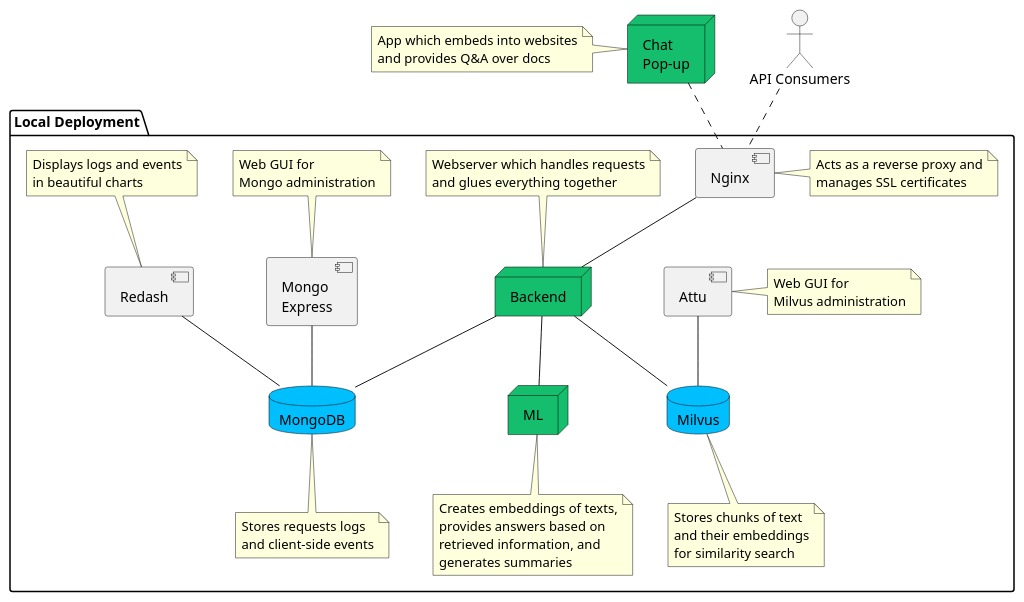
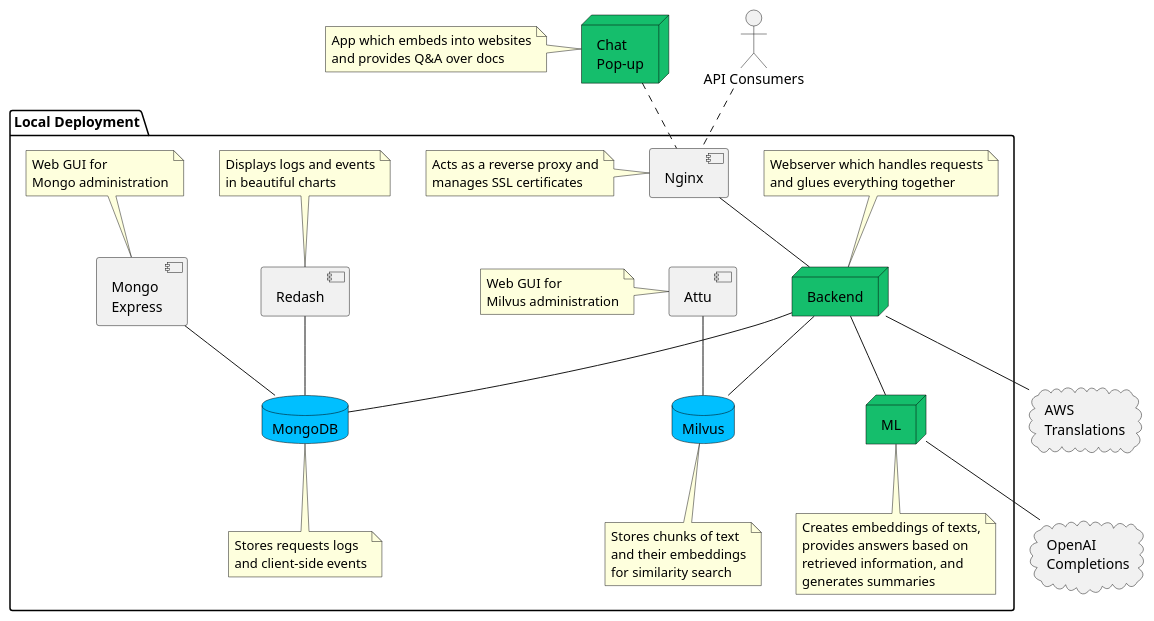
One commit to furiousteabag/asmirnov.xyz changed the diagram in images/askguru-components.plantuml. Above: the diagram before and after it, drawn with PlantUML.

Commit message:
add cloud providers

```diff
--- a/images/askguru-components.plantuml
+++ b/images/askguru-components.plantuml
@@ -1,53 +1,61 @@
 @startuml
 
 skinparam database {
     BackgroundColor deepskyblue
     BorderColor black
     FontColor automatic
 }
 
 skinparam node {
     BackgroundColor 15BE6C
     BorderColor black
 }
+
+
+
+node "Chat\nPop-up"
+note left: App which embeds into websites\nand provides Q&A over docs
 
 package "Local Deployment" {
     node "Backend"
     note top: Webserver which handles requests\nand glues everything together
 
     node "ML"
     note bottom: Creates embeddings of texts,\nprovides answers based on\nretrieved information, and\ngenerates summaries
 
     database "MongoDB"
     note bottom: Stores requests logs\nand client-side events
 
     database "Milvus"
     note bottom: Stores chunks of text\nand their embeddings\nfor similarity search
 
     component "Mongo\nExpress"
     note top: Web GUI for\nMongo administration
 
     component "Attu"
-    note right: Web GUI for\nMilvus administration
+    note left: Web GUI for\nMilvus administration
 
     component "Redash"
     note top: Displays logs and events\nin beautiful charts
 
     component "Nginx"
-    note right: Acts as a reverse proxy and\nmanages SSL certificates
+    note left: Acts as a reverse proxy and\nmanages SSL certificates
 }
 
-node "Chat\nPop-up"
-note left: App which embeds into websites\nand provides Q&A over docs
+cloud "OpenAI\nCompletions" as OpenAI
+
+cloud "AWS\nTranslations" as AWS
 
 [Chat\nPop-up] .. [Nginx]
 :API Consumers: .. [Nginx]
 [Nginx] -- [Backend]
 [Backend] -- [ML]
 [Backend] -- [MongoDB]
 [Backend] -- [Milvus]
 [Redash] -- [MongoDB]
 [Mongo\nExpress] -- [MongoDB]
+[ML] -- [OpenAI]
 [Attu] -- [Milvus]
+[Backend] -- [AWS]
 
 @enduml
```
